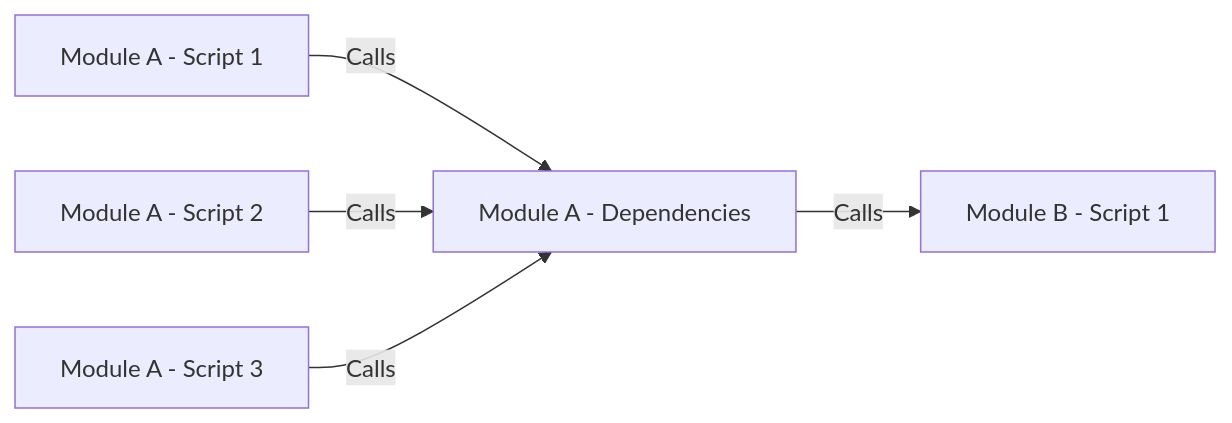
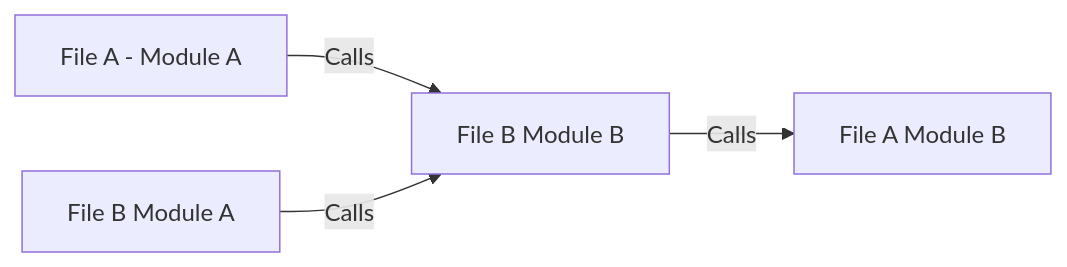
The second of 2 diagrams in Dependencies.md (CloudChi/FX-Framework), drawn with Mermaid before and after one commit. The commit also changed other lines of this file and 1 other file, not shown here.

````diff
--- a/Dependencies.md
+++ b/Dependencies.md
@@ -39,6 +26,5 @@
 ```mermaid
 graph LR
-A[Module A - Script 1] -- Calls --> F[Module A - Dependencies] -- Calls --> G[Module B - Script 1]
-B[Module A - Script 2] -- Calls --> F
-C[Module A - Script 3] -- Calls --> F
+A[File A - Module A] -- Calls --> F[File A Module A - Dependencies] -- Calls --> G[File A Module B]
+B[File B Module A] -- Calls --> F[File B Module B]
 ```
````
